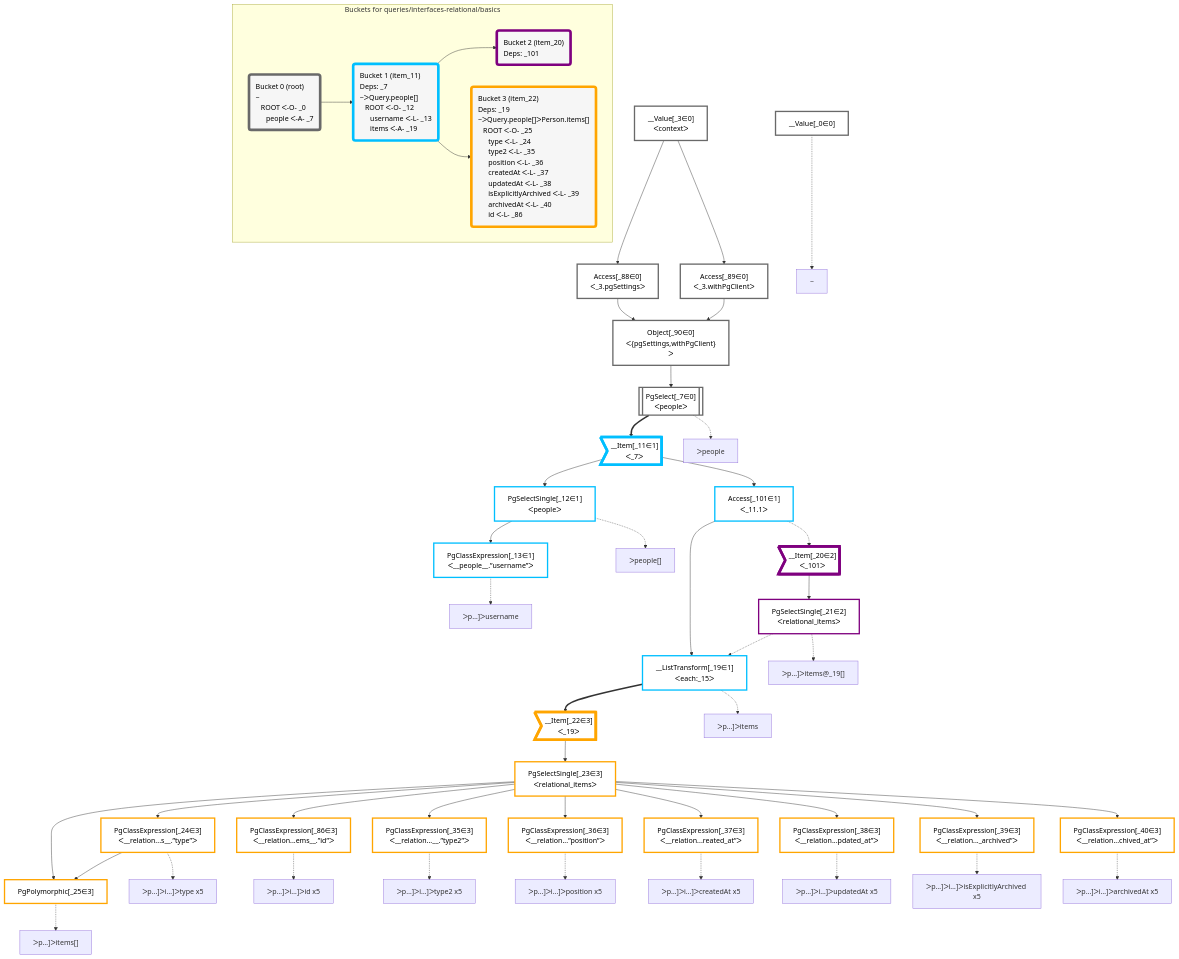
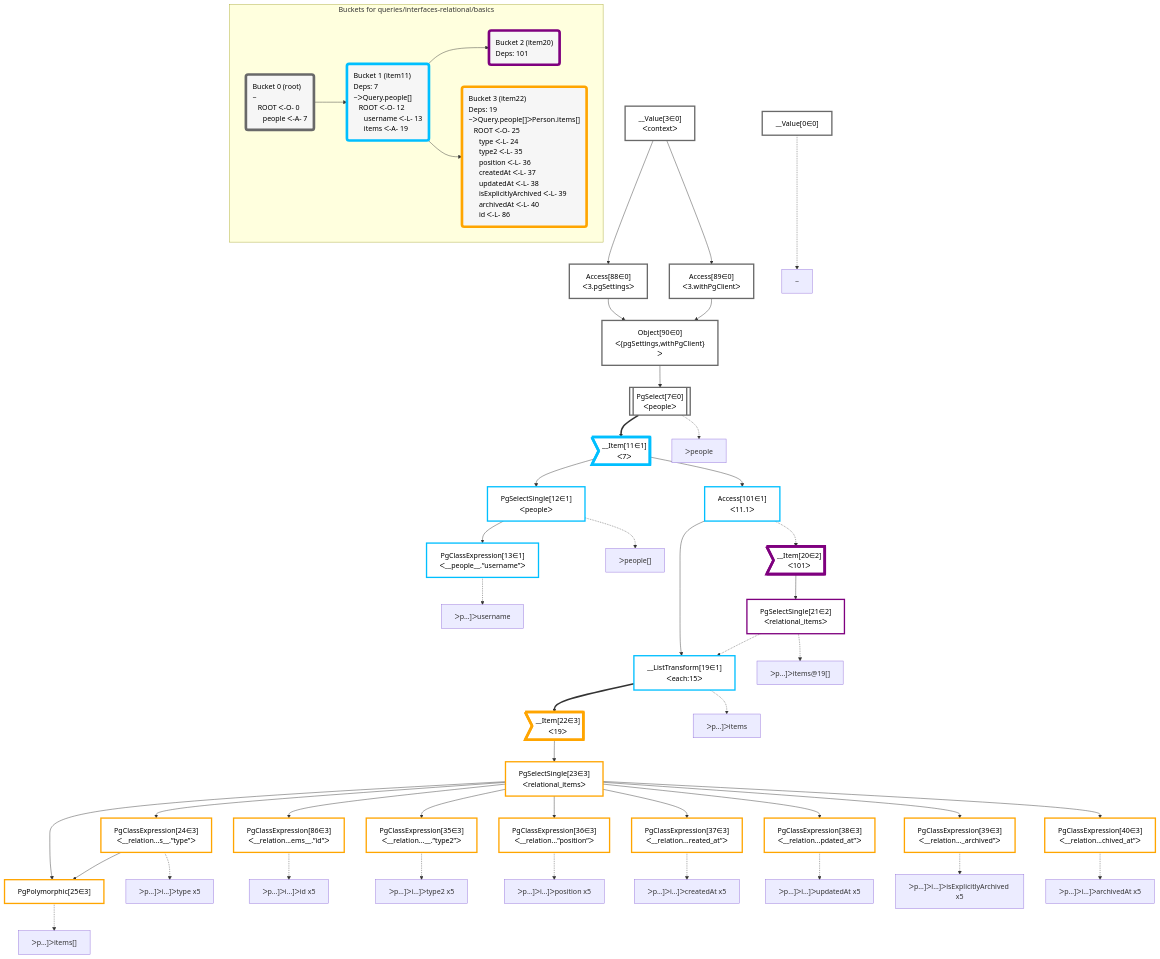
The diagram in packages/dataplan-pg/__tests__/queries/interfaces-relational/basics.mermaid.md (graphile/crystal), drawn with Mermaid before and after one commit. The commit also changed 195 other files, not shown here.

```diff
--- a/packages/dataplan-pg/__tests__/queries/interfaces-relational/basics.mermaid.md
+++ b/packages/dataplan-pg/__tests__/queries/interfaces-relational/basics.mermaid.md
@@ -8,101 +8,101 @@
 
 
     %% define plans
-    __Value_0["__Value[_0∈0]"]:::plan
-    PgClassExpression_13["PgClassExpression[_13∈1]<br />ᐸ__people__.”username”ᐳ"]:::plan
-    PgSelectSingle_12["PgSelectSingle[_12∈1]<br />ᐸpeopleᐳ"]:::plan
-    PgPolymorphic_25["PgPolymorphic[_25∈3]"]:::plan
-    PgClassExpression_24["PgClassExpression[_24∈3]<br />ᐸ__relation...s__.”type”ᐳ"]:::plan
-    PgClassExpression_86["PgClassExpression[_86∈3]<br />ᐸ__relation...ems__.”id”ᐳ"]:::plan
-    PgClassExpression_35["PgClassExpression[_35∈3]<br />ᐸ__relation...__.”type2”ᐳ"]:::plan
-    PgClassExpression_36["PgClassExpression[_36∈3]<br />ᐸ__relation...”position”ᐳ"]:::plan
-    PgClassExpression_37["PgClassExpression[_37∈3]<br />ᐸ__relation...reated_at”ᐳ"]:::plan
-    PgClassExpression_38["PgClassExpression[_38∈3]<br />ᐸ__relation...pdated_at”ᐳ"]:::plan
-    PgClassExpression_39["PgClassExpression[_39∈3]<br />ᐸ__relation..._archived”ᐳ"]:::plan
-    PgClassExpression_40["PgClassExpression[_40∈3]<br />ᐸ__relation...chived_at”ᐳ"]:::plan
-    PgSelectSingle_23["PgSelectSingle[_23∈3]<br />ᐸrelational_itemsᐳ"]:::plan
-    __Item_22>"__Item[_22∈3]<br />ᐸ_19ᐳ"]:::itemplan
-    __ListTransform_19["__ListTransform[_19∈1]<br />ᐸeach:_15ᐳ"]:::plan
-    PgSelectSingle_21["PgSelectSingle[_21∈2]<br />ᐸrelational_itemsᐳ"]:::plan
-    __Item_20>"__Item[_20∈2]<br />ᐸ_101ᐳ"]:::itemplan
-    Access_101["Access[_101∈1]<br />ᐸ_11.1ᐳ"]:::plan
-    __Item_11>"__Item[_11∈1]<br />ᐸ_7ᐳ"]:::itemplan
-    PgSelect_7[["PgSelect[_7∈0]<br />ᐸpeopleᐳ"]]:::plan
-    Object_90["Object[_90∈0]<br />ᐸ{pgSettings,withPgClient}ᐳ"]:::plan
-    Access_88["Access[_88∈0]<br />ᐸ_3.pgSettingsᐳ"]:::plan
-    Access_89["Access[_89∈0]<br />ᐸ_3.withPgClientᐳ"]:::plan
-    __Value_3["__Value[_3∈0]<br />ᐸcontextᐳ"]:::plan
+    __Value0["__Value[0∈0]"]:::plan
+    PgClassExpression13["PgClassExpression[13∈1]<br />ᐸ__people__.”username”ᐳ"]:::plan
+    PgSelectSingle12["PgSelectSingle[12∈1]<br />ᐸpeopleᐳ"]:::plan
+    PgPolymorphic25["PgPolymorphic[25∈3]"]:::plan
+    PgClassExpression24["PgClassExpression[24∈3]<br />ᐸ__relation...s__.”type”ᐳ"]:::plan
+    PgClassExpression86["PgClassExpression[86∈3]<br />ᐸ__relation...ems__.”id”ᐳ"]:::plan
+    PgClassExpression35["PgClassExpression[35∈3]<br />ᐸ__relation...__.”type2”ᐳ"]:::plan
+    PgClassExpression36["PgClassExpression[36∈3]<br />ᐸ__relation...”position”ᐳ"]:::plan
+    PgClassExpression37["PgClassExpression[37∈3]<br />ᐸ__relation...reated_at”ᐳ"]:::plan
+    PgClassExpression38["PgClassExpression[38∈3]<br />ᐸ__relation...pdated_at”ᐳ"]:::plan
+    PgClassExpression39["PgClassExpression[39∈3]<br />ᐸ__relation..._archived”ᐳ"]:::plan
+    PgClassExpression40["PgClassExpression[40∈3]<br />ᐸ__relation...chived_at”ᐳ"]:::plan
+    PgSelectSingle23["PgSelectSingle[23∈3]<br />ᐸrelational_itemsᐳ"]:::plan
+    __Item22>"__Item[22∈3]<br />ᐸ19ᐳ"]:::itemplan
+    __ListTransform19["__ListTransform[19∈1]<br />ᐸeach:15ᐳ"]:::plan
+    PgSelectSingle21["PgSelectSingle[21∈2]<br />ᐸrelational_itemsᐳ"]:::plan
+    __Item20>"__Item[20∈2]<br />ᐸ101ᐳ"]:::itemplan
+    Access101["Access[101∈1]<br />ᐸ11.1ᐳ"]:::plan
+    __Item11>"__Item[11∈1]<br />ᐸ7ᐳ"]:::itemplan
+    PgSelect7[["PgSelect[7∈0]<br />ᐸpeopleᐳ"]]:::plan
+    Object90["Object[90∈0]<br />ᐸ{pgSettings,withPgClient}ᐳ"]:::plan
+    Access88["Access[88∈0]<br />ᐸ3.pgSettingsᐳ"]:::plan
+    Access89["Access[89∈0]<br />ᐸ3.withPgClientᐳ"]:::plan
+    __Value3["__Value[3∈0]<br />ᐸcontextᐳ"]:::plan
 
     %% plan dependencies
-    PgSelectSingle_12 --> PgClassExpression_13
-    __Item_11 --> PgSelectSingle_12
-    PgSelectSingle_23 & PgClassExpression_24 --> PgPolymorphic_25
-    PgSelectSingle_23 --> PgClassExpression_24
-    PgSelectSingle_23 --> PgClassExpression_86
-    PgSelectSingle_23 --> PgClassExpression_35
-    PgSelectSingle_23 --> PgClassExpression_36
-    PgSelectSingle_23 --> PgClassExpression_37
-    PgSelectSingle_23 --> PgClassExpression_38
-    PgSelectSingle_23 --> PgClassExpression_39
-    PgSelectSingle_23 --> PgClassExpression_40
-    __Item_22 --> PgSelectSingle_23
-    __ListTransform_19 ==> __Item_22
-    Access_101 --> __ListTransform_19
-    PgSelectSingle_21 -.-> __ListTransform_19
-    __Item_20 --> PgSelectSingle_21
-    Access_101 -.-> __Item_20
-    __Item_11 --> Access_101
-    PgSelect_7 ==> __Item_11
-    Object_90 --> PgSelect_7
-    Access_88 & Access_89 --> Object_90
-    __Value_3 --> Access_88
-    __Value_3 --> Access_89
+    PgSelectSingle12 --> PgClassExpression13
+    __Item11 --> PgSelectSingle12
+    PgSelectSingle23 & PgClassExpression24 --> PgPolymorphic25
+    PgSelectSingle23 --> PgClassExpression24
+    PgSelectSingle23 --> PgClassExpression86
+    PgSelectSingle23 --> PgClassExpression35
+    PgSelectSingle23 --> PgClassExpression36
+    PgSelectSingle23 --> PgClassExpression37
+    PgSelectSingle23 --> PgClassExpression38
+    PgSelectSingle23 --> PgClassExpression39
+    PgSelectSingle23 --> PgClassExpression40
+    __Item22 --> PgSelectSingle23
+    __ListTransform19 ==> __Item22
+    Access101 --> __ListTransform19
+    PgSelectSingle21 -.-> __ListTransform19
+    __Item20 --> PgSelectSingle21
+    Access101 -.-> __Item20
+    __Item11 --> Access101
+    PgSelect7 ==> __Item11
+    Object90 --> PgSelect7
+    Access88 & Access89 --> Object90
+    __Value3 --> Access88
+    __Value3 --> Access89
 
     %% plan-to-path relationships
-    P_0["~"]
-    __Value_0 -.-> P_0
-    P_7["ᐳpeople"]
-    PgSelect_7 -.-> P_7
-    P_12["ᐳpeople[]"]
-    PgSelectSingle_12 -.-> P_12
-    P_13["ᐳp…]ᐳusername"]
-    PgClassExpression_13 -.-> P_13
-    P_19["ᐳp…]ᐳitems"]
-    __ListTransform_19 -.-> P_19
-    P_21["ᐳp…]ᐳitems@_19[]"]
-    PgSelectSingle_21 -.-> P_21
-    P_24["ᐳp…]ᐳi…]ᐳtype x5"]
-    PgClassExpression_24 -.-> P_24
-    P_25["ᐳp…]ᐳitems[]"]
-    PgPolymorphic_25 -.-> P_25
-    P_35["ᐳp…]ᐳi…]ᐳtype2 x5"]
-    PgClassExpression_35 -.-> P_35
-    P_36["ᐳp…]ᐳi…]ᐳposition x5"]
-    PgClassExpression_36 -.-> P_36
-    P_37["ᐳp…]ᐳi…]ᐳcreatedAt x5"]
-    PgClassExpression_37 -.-> P_37
-    P_38["ᐳp…]ᐳi…]ᐳupdatedAt x5"]
-    PgClassExpression_38 -.-> P_38
-    P_39["ᐳp…]ᐳi…]ᐳisExplicitlyArchived x5"]
-    PgClassExpression_39 -.-> P_39
-    P_40["ᐳp…]ᐳi…]ᐳarchivedAt x5"]
-    PgClassExpression_40 -.-> P_40
-    P_86["ᐳp…]ᐳi…]ᐳid x5"]
-    PgClassExpression_86 -.-> P_86
+    P0["~"]
+    __Value0 -.-> P0
+    P7["ᐳpeople"]
+    PgSelect7 -.-> P7
+    P12["ᐳpeople[]"]
+    PgSelectSingle12 -.-> P12
+    P13["ᐳp…]ᐳusername"]
+    PgClassExpression13 -.-> P13
+    P19["ᐳp…]ᐳitems"]
+    __ListTransform19 -.-> P19
+    P21["ᐳp…]ᐳitems@19[]"]
+    PgSelectSingle21 -.-> P21
+    P24["ᐳp…]ᐳi…]ᐳtype x5"]
+    PgClassExpression24 -.-> P24
+    P25["ᐳp…]ᐳitems[]"]
+    PgPolymorphic25 -.-> P25
+    P35["ᐳp…]ᐳi…]ᐳtype2 x5"]
+    PgClassExpression35 -.-> P35
+    P36["ᐳp…]ᐳi…]ᐳposition x5"]
+    PgClassExpression36 -.-> P36
+    P37["ᐳp…]ᐳi…]ᐳcreatedAt x5"]
+    PgClassExpression37 -.-> P37
+    P38["ᐳp…]ᐳi…]ᐳupdatedAt x5"]
+    PgClassExpression38 -.-> P38
+    P39["ᐳp…]ᐳi…]ᐳisExplicitlyArchived x5"]
+    PgClassExpression39 -.-> P39
+    P40["ᐳp…]ᐳi…]ᐳarchivedAt x5"]
+    PgClassExpression40 -.-> P40
+    P86["ᐳp…]ᐳi…]ᐳid x5"]
+    PgClassExpression86 -.-> P86
 
     subgraph "Buckets for queries/interfaces-relational/basics"
-    Bucket0("Bucket 0 (root)<br />~<br />⠀ROOT ᐸ-O- _0<br />⠀⠀people ᐸ-A- _7"):::bucket
+    Bucket0("Bucket 0 (root)<br />~<br />⠀ROOT ᐸ-O- 0<br />⠀⠀people ᐸ-A- 7"):::bucket
     classDef bucket0 stroke:#696969
-    class Bucket0,__Value_0,__Value_3,PgSelect_7,Access_88,Access_89,Object_90 bucket0
-    Bucket1("Bucket 1 (item_11)<br />Deps: _7<br />~ᐳQuery.people[]<br />⠀ROOT ᐸ-O- _12<br />⠀⠀username ᐸ-L- _13<br />⠀⠀items ᐸ-A- _19"):::bucket
+    class Bucket0,__Value0,__Value3,PgSelect7,Access88,Access89,Object90 bucket0
+    Bucket1("Bucket 1 (item11)<br />Deps: 7<br />~ᐳQuery.people[]<br />⠀ROOT ᐸ-O- 12<br />⠀⠀username ᐸ-L- 13<br />⠀⠀items ᐸ-A- 19"):::bucket
     classDef bucket1 stroke:#00bfff
-    class Bucket1,__Item_11,PgSelectSingle_12,PgClassExpression_13,__ListTransform_19,Access_101 bucket1
-    Bucket2("Bucket 2 (item_20)<br />Deps: _101"):::bucket
+    class Bucket1,__Item11,PgSelectSingle12,PgClassExpression13,__ListTransform19,Access101 bucket1
+    Bucket2("Bucket 2 (item20)<br />Deps: 101"):::bucket
     classDef bucket2 stroke:#7f007f
-    class Bucket2,__Item_20,PgSelectSingle_21 bucket2
-    Bucket3("Bucket 3 (item_22)<br />Deps: _19<br />~ᐳQuery.people[]ᐳPerson.items[]<br />⠀ROOT ᐸ-O- _25<br />⠀⠀type ᐸ-L- _24<br />⠀⠀type2 ᐸ-L- _35<br />⠀⠀position ᐸ-L- _36<br />⠀⠀createdAt ᐸ-L- _37<br />⠀⠀updatedAt ᐸ-L- _38<br />⠀⠀isExplicitlyArchived ᐸ-L- _39<br />⠀⠀archivedAt ᐸ-L- _40<br />⠀⠀id ᐸ-L- _86"):::bucket
+    class Bucket2,__Item20,PgSelectSingle21 bucket2
+    Bucket3("Bucket 3 (item22)<br />Deps: 19<br />~ᐳQuery.people[]ᐳPerson.items[]<br />⠀ROOT ᐸ-O- 25<br />⠀⠀type ᐸ-L- 24<br />⠀⠀type2 ᐸ-L- 35<br />⠀⠀position ᐸ-L- 36<br />⠀⠀createdAt ᐸ-L- 37<br />⠀⠀updatedAt ᐸ-L- 38<br />⠀⠀isExplicitlyArchived ᐸ-L- 39<br />⠀⠀archivedAt ᐸ-L- 40<br />⠀⠀id ᐸ-L- 86"):::bucket
     classDef bucket3 stroke:#ffa500
-    class Bucket3,__Item_22,PgSelectSingle_23,PgClassExpression_24,PgPolymorphic_25,PgClassExpression_35,PgClassExpression_36,PgClassExpression_37,PgClassExpression_38,PgClassExpression_39,PgClassExpression_40,PgClassExpression_86 bucket3
+    class Bucket3,__Item22,PgSelectSingle23,PgClassExpression24,PgPolymorphic25,PgClassExpression35,PgClassExpression36,PgClassExpression37,PgClassExpression38,PgClassExpression39,PgClassExpression40,PgClassExpression86 bucket3
     Bucket0 --> Bucket1
     Bucket1 --> Bucket2 & Bucket3
     end
```
